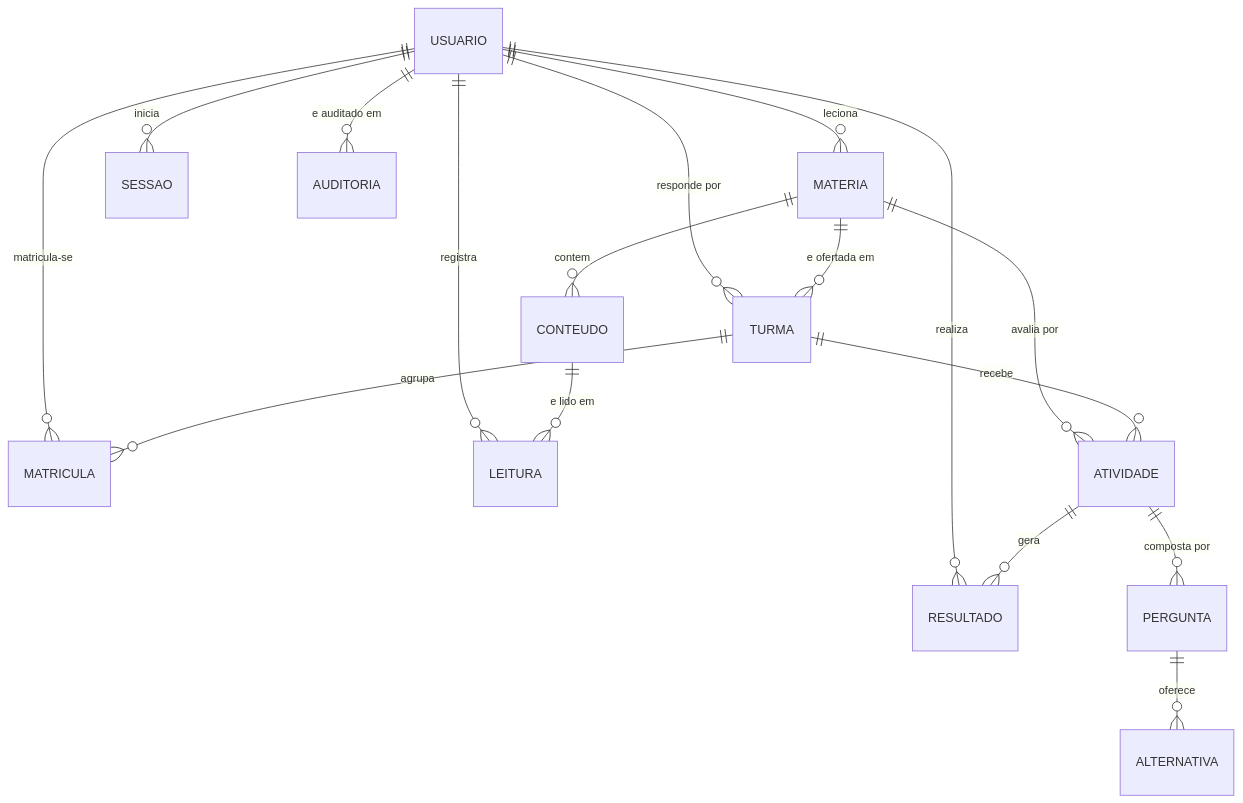
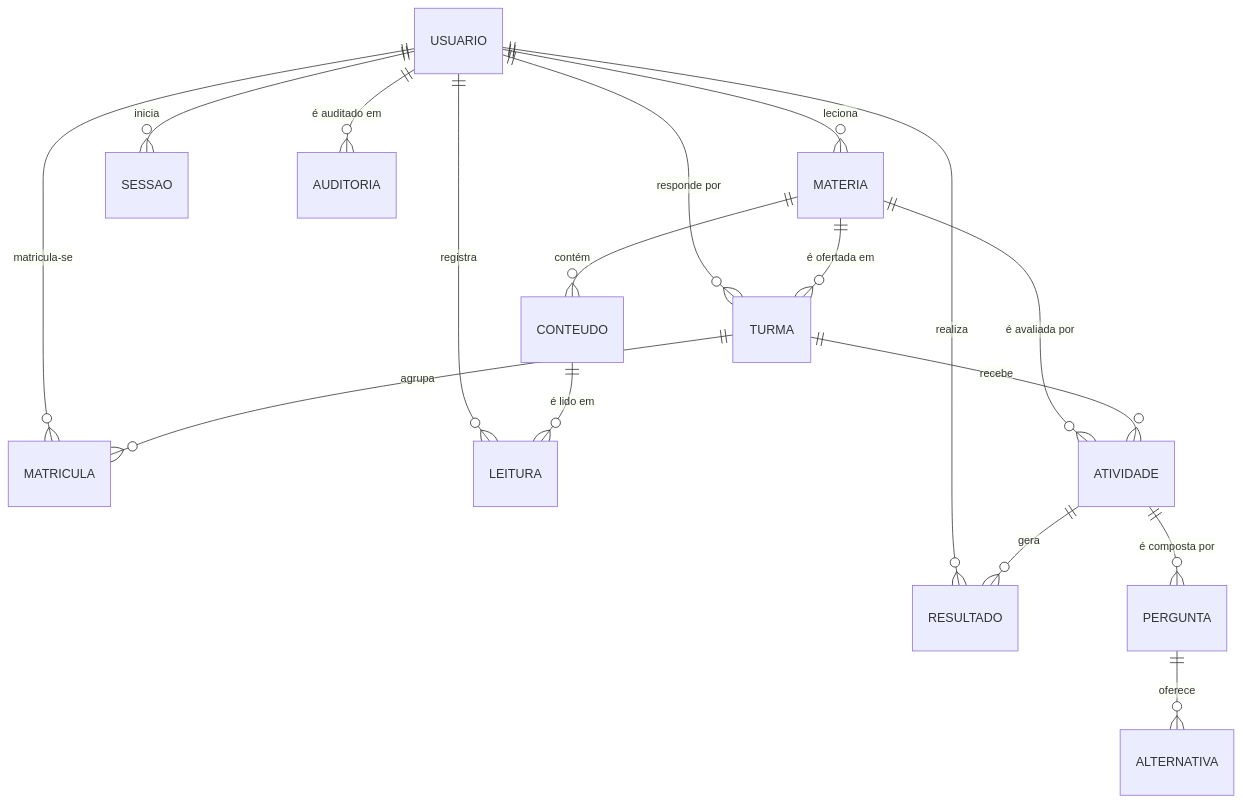
Before and after one commit to lelezap-Dev/sistemaEducacionaPIM: the first of 2 diagrams in database/README.md, drawn with Mermaid. The commit also changed other lines of this file and 4 other files, not shown here.

First line of the commit message:
Gera os diagramas do banco e corrige dois erros no README

````diff
--- a/database/README.md
+++ b/database/README.md
@@ -33,23 +33,23 @@
 ```mermaid
 erDiagram
     USUARIO ||--o{ MATERIA        : "leciona"
     USUARIO ||--o{ TURMA          : "responde por"
     USUARIO ||--o{ MATRICULA      : "matricula-se"
     USUARIO ||--o{ RESULTADO      : "realiza"
     USUARIO ||--o{ LEITURA        : "registra"
     USUARIO ||--o{ SESSAO         : "inicia"
-    USUARIO ||--o{ AUDITORIA      : "e auditado em"
+    USUARIO ||--o{ AUDITORIA      : "é auditado em"
 
-    MATERIA  ||--o{ CONTEUDO      : "contem"
-    MATERIA  ||--o{ TURMA         : "e ofertada em"
-    MATERIA  ||--o{ ATIVIDADE     : "avalia por"
+    MATERIA  ||--o{ CONTEUDO      : "contém"
+    MATERIA  ||--o{ TURMA         : "é ofertada em"
+    MATERIA  ||--o{ ATIVIDADE     : "é avaliada por"
 
     TURMA    ||--o{ MATRICULA     : "agrupa"
     TURMA    ||--o{ ATIVIDADE     : "recebe"
 
-    ATIVIDADE ||--o{ PERGUNTA     : "composta por"
+    ATIVIDADE ||--o{ PERGUNTA     : "é composta por"
     ATIVIDADE ||--o{ RESULTADO    : "gera"
 
     PERGUNTA  ||--o{ ALTERNATIVA  : "oferece"
-    CONTEUDO  ||--o{ LEITURA      : "e lido em"
+    CONTEUDO  ||--o{ LEITURA      : "é lido em"
 ```
````
